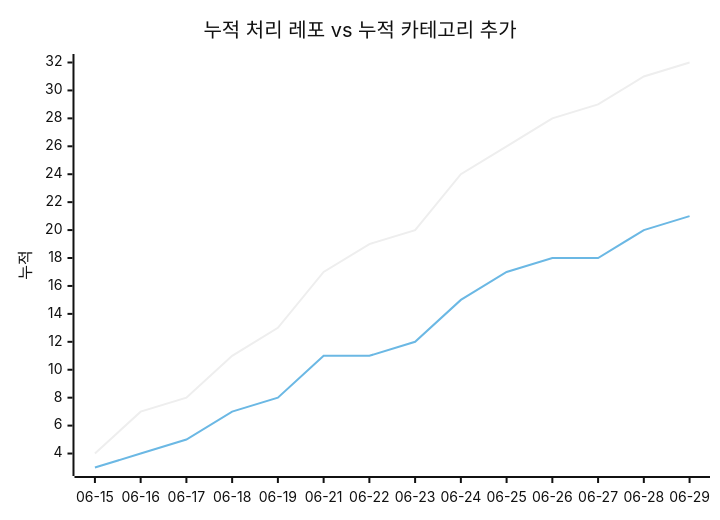
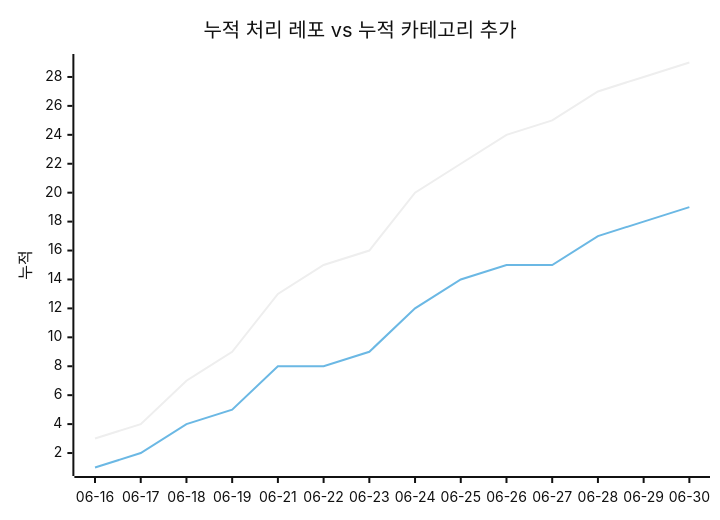
One commit to J-nowcow/awesome-korean-agent-skills changed the second of 2 diagrams in docs/trends.md. Above: the diagram before and after it, drawn with Mermaid (neutral theme). The commit also changed other lines of this file and 4 other files, not shown here.

````diff
--- a/docs/trends.md
+++ b/docs/trends.md
@@ -68,8 +68,8 @@
 ```mermaid
 xychart-beta
     title "누적 처리 레포 vs 누적 카테고리 추가"
-    x-axis ["06-15","06-16","06-17","06-18","06-19","06-21","06-22","06-23","06-24","06-25","06-26","06-27","06-28","06-29"]
+    x-axis ["06-16","06-17","06-18","06-19","06-21","06-22","06-23","06-24","06-25","06-26","06-27","06-28","06-29","06-30"]
     y-axis "누적"
-    line [4,7,8,11,13,17,19,20,24,26,28,29,31,32]
-    line [3,4,5,7,8,11,11,12,15,17,18,18,20,21]
+    line [3,4,7,9,13,15,16,20,22,24,25,27,28,29]
+    line [1,2,4,5,8,8,9,12,14,15,15,17,18,19]
 ```
````
